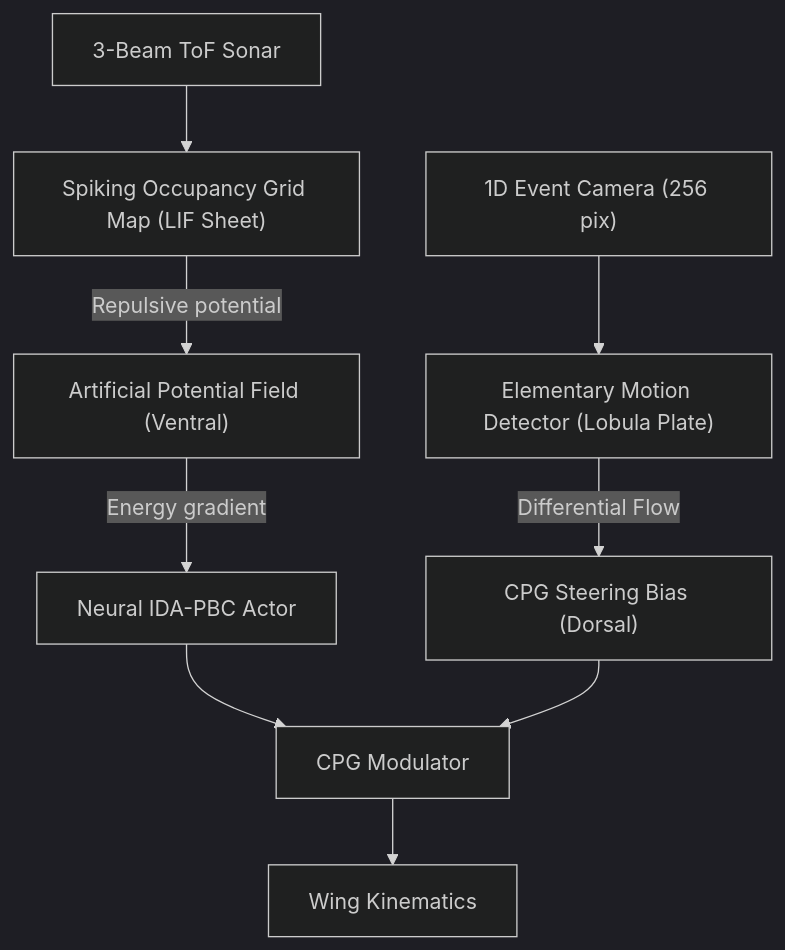
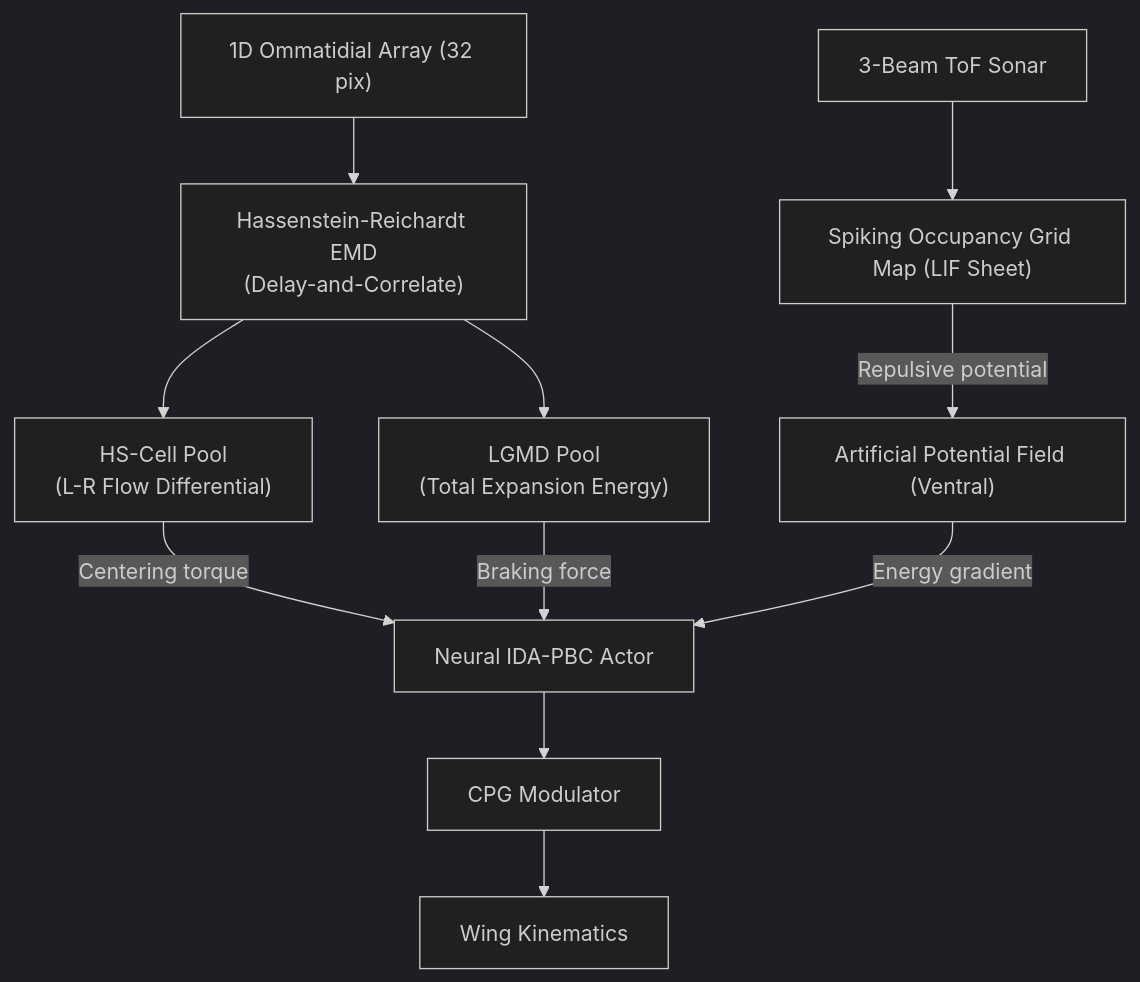
One commit to lhooz/embodied_hornet changed the diagram in README.md. Above: the diagram before and after it, drawn with Mermaid (dark theme). The commit also changed other lines of this file and 3 other files, not shown here.

First line of the commit message:
feat: replace ToF optic flow with bio-faithful Hassenstein-Reichardt EMD dorsal stream

````diff
--- a/README.md
+++ b/README.md
@@ -145,13 +147,16 @@
 ```mermaid
 graph TD
-    EventCam["1D Event Camera (256 pix)"] --> EMD["Elementary Motion Detector (Lobula Plate)"]
+    EventCam["1D Ommatidial Array (32 pix)"] --> Reichardt["Hassenstein-Reichardt EMD<br/>(Delay-and-Correlate)"]
     ToF["3-Beam ToF Sonar"] --> SOG["Spiking Occupancy Grid Map (LIF Sheet)"]
     
-    EMD -->|Differential Flow| CPGSteer["CPG Steering Bias (Dorsal)"]
+    Reichardt --> HS["HS-Cell Pool<br/>(L-R Flow Differential)"]
+    Reichardt --> LGMD["LGMD Pool<br/>(Total Expansion Energy)"]
+    
+    HS -->|Centering torque| IDAPBC["Neural IDA-PBC Actor"]
+    LGMD -->|Braking force| IDAPBC
     SOG -->|Repulsive potential| APF["Artificial Potential Field (Ventral)"]
+    APF -->|Energy gradient| IDAPBC
     
-    APF -->|Energy gradient| IDAPBC["Neural IDA-PBC Actor"]
     IDAPBC --> CPG["CPG Modulator"]
-    CPGSteer --> CPG
     CPG --> Kinematics["Wing Kinematics"]
 ```
````
